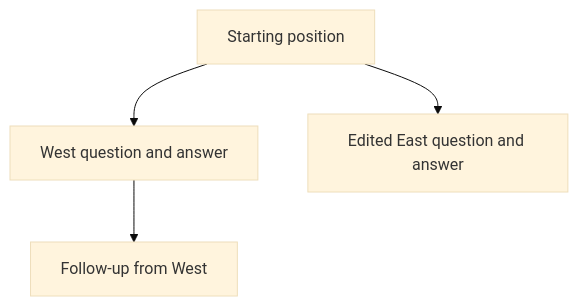
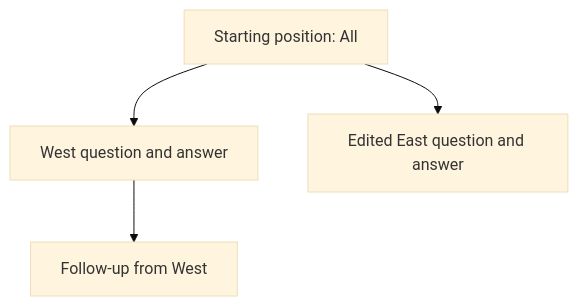
Before and after one commit to posit-dev/shinychat: the diagram in memory-bank/exchange-tree-history.md, drawn with Mermaid (base theme). The commit also changed other lines of this file, not shown here.

````diff
--- a/memory-bank/exchange-tree-history.md
+++ b/memory-bank/exchange-tree-history.md
@@ -23,6 +23,6 @@
 ```mermaid
 flowchart TD
-    root["Starting position"] --> west["West question and answer"]
+    root["Starting position: All"] --> west["West question and answer"]
     root --> east["Edited East question and answer"]
     west --> followup["Follow-up from West"]
 ```
````
